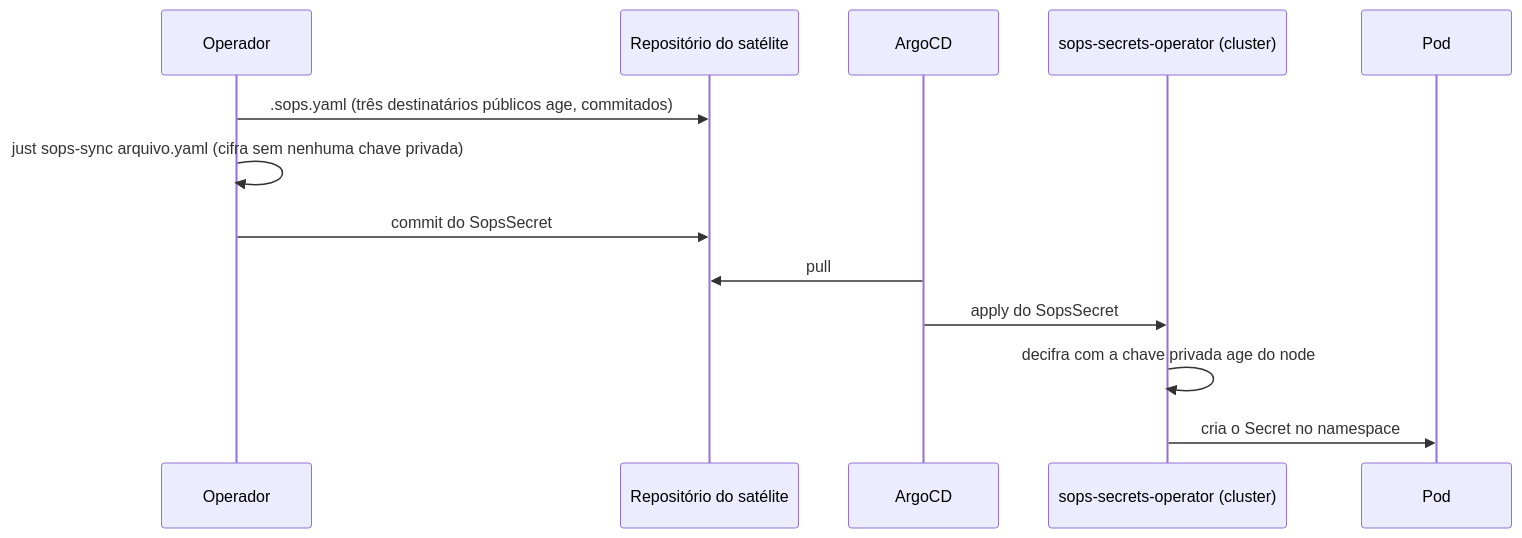
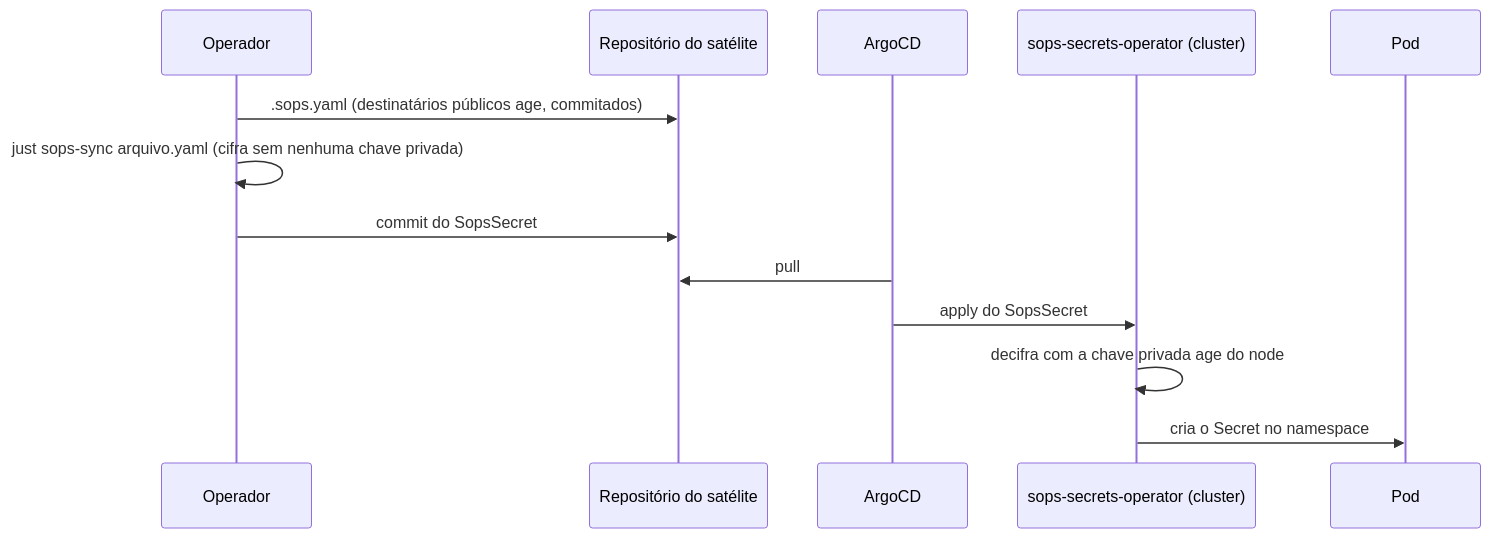
The second of 2 diagrams in docs/arquitetura/modelo-de-ameacas.md (guesant/hl-infrastructure), drawn with Mermaid before and after one commit. The commit also changed other lines of this file and 5 other files, not shown here.

````diff
--- a/docs/arquitetura/modelo-de-ameacas.md
+++ b/docs/arquitetura/modelo-de-ameacas.md
@@ -64,15 +64,15 @@
 ```mermaid
 sequenceDiagram
     participant Op as Operador
     participant Git as Repositório do satélite
     participant Argo as ArgoCD
     participant SSO as sops-secrets-operator (cluster)
     participant Pod as Pod
-    Op->>Git: .sops.yaml (três destinatários públicos age, commitados)
+    Op->>Git: .sops.yaml (destinatários públicos age, commitados)
     Op->>Op: just sops-sync arquivo.yaml (cifra sem nenhuma chave privada)
     Op->>Git: commit do SopsSecret
     Argo->>Git: pull
     Argo->>SSO: apply do SopsSecret
     SSO->>SSO: decifra com a chave privada age do node
     SSO->>Pod: cria o Secret no namespace
 ```
````
